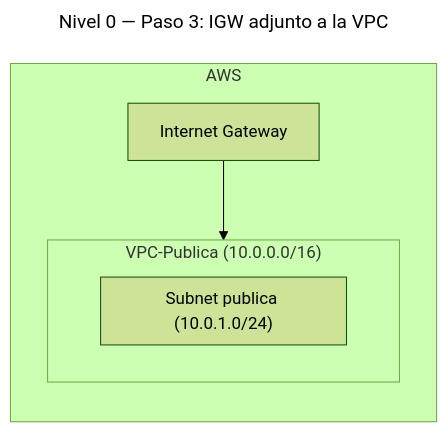
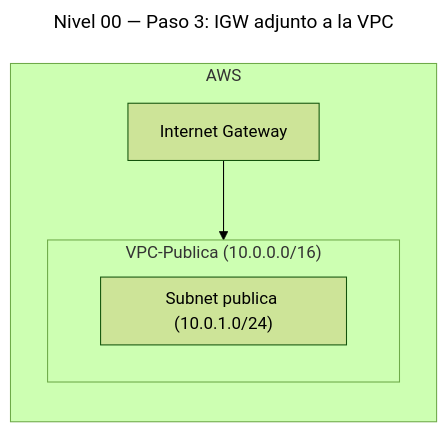
Before and after one commit to Marcos-SA-git/AWS-Certifications: the fourth of 8 diagrams in SAA-C03/es/Prácticas/Fácil/Nivel-00.md, drawn with Mermaid (forest theme). The commit also changed other lines of this file, not shown here.

````diff
--- a/SAA-C03/es/Prácticas/Fácil/Nivel-00.md
+++ b/SAA-C03/es/Prácticas/Fácil/Nivel-00.md
@@ -111,14 +111,14 @@
 ```mermaid
 ---
-title: "Nivel 0 — Paso 3: IGW adjunto a la VPC"
+title: "Nivel 00 — Paso 3: IGW adjunto a la VPC"
 ---
 graph BT
 subgraph AWS[AWS]
   IGW[Internet Gateway]
   subgraph VPC["VPC-Publica (10.0.0.0/16)"]
     subgraph SUB["Subnet publica (10.0.1.0/24)"]
     end
   end
 end
 IGW --> VPC
 ```
````
